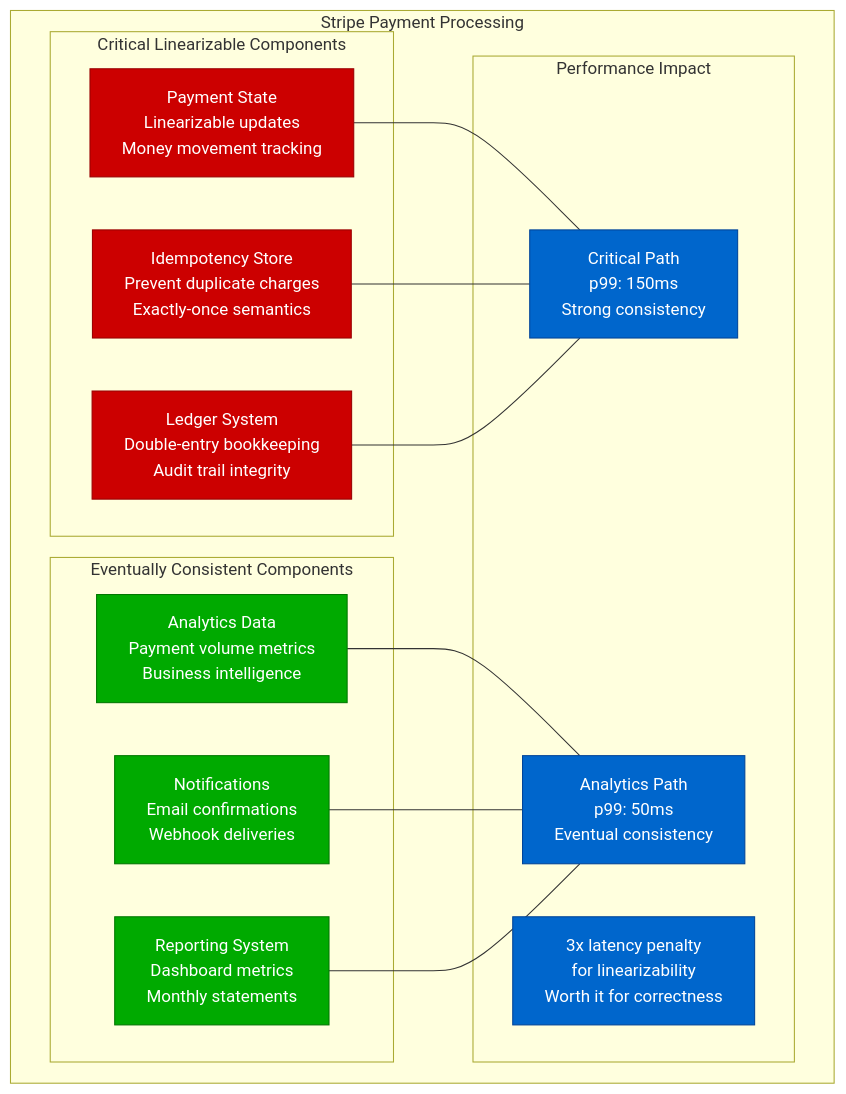
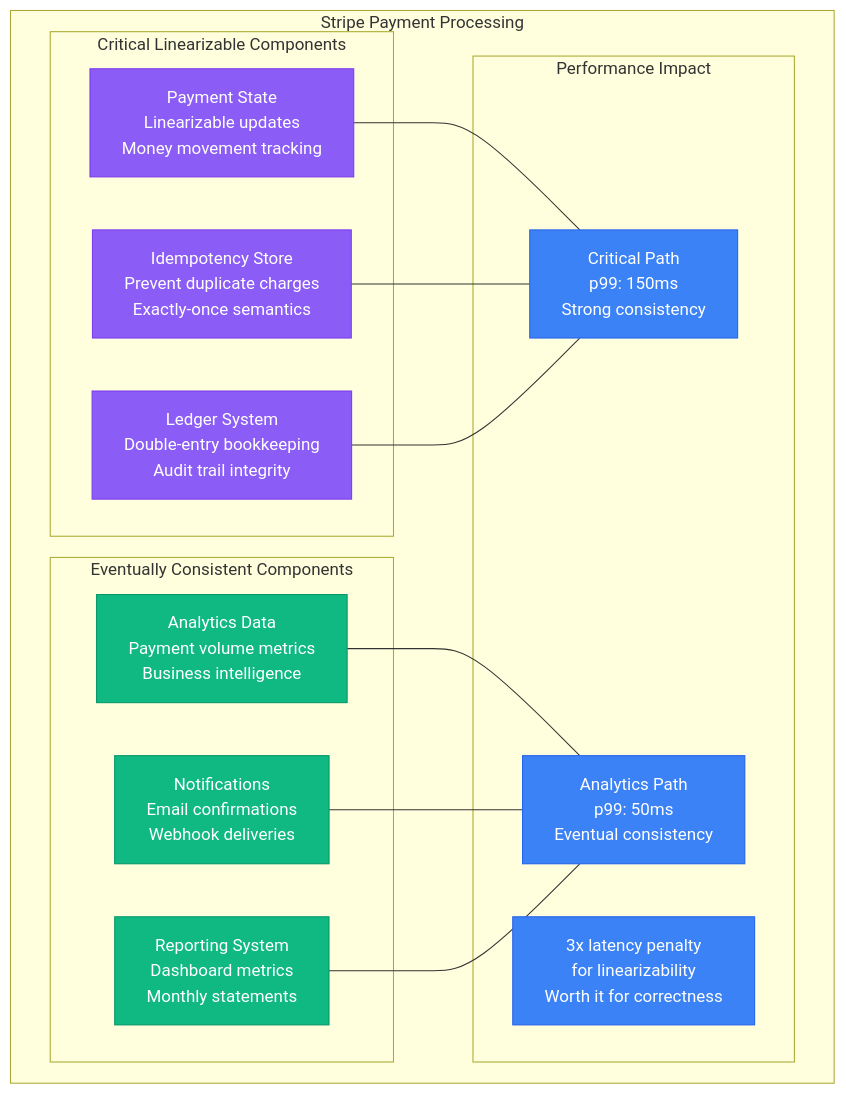
Before and after one commit to deepaucksharma/DS: the fourth of 11 diagrams in site/docs/guarantees/linearizability/linearizability-tradeoffs.md, drawn with Mermaid. The commit also changed other lines of this file and 303 other files, not shown here.

````diff
--- a/site/docs/guarantees/linearizability/linearizability-tradeoffs.md
+++ b/site/docs/guarantees/linearizability/linearizability-tradeoffs.md
@@ -154,38 +154,38 @@
 ```mermaid
 graph TB
     subgraph StripeArchitecture[Stripe Payment Processing]
         subgraph CriticalPath[Critical Linearizable Components]
             PS[Payment State<br/>Linearizable updates<br/>Money movement tracking]
             IS[Idempotency Store<br/>Prevent duplicate charges<br/>Exactly-once semantics]
             LS[Ledger System<br/>Double-entry bookkeeping<br/>Audit trail integrity]
         end
 
         subgraph EventualPath[Eventually Consistent Components]
             AN[Analytics Data<br/>Payment volume metrics<br/>Business intelligence]
             NO[Notifications<br/>Email confirmations<br/>Webhook deliveries]
             RS[Reporting System<br/>Dashboard metrics<br/>Monthly statements]
         end
 
         subgraph PerformanceMetrics[Performance Impact]
             PM1[Critical Path<br/>p99: 150ms<br/>Strong consistency]
             PM2[Analytics Path<br/>p99: 50ms<br/>Eventual consistency]
             PM3[3x latency penalty<br/>for linearizability<br/>Worth it for correctness]
         end
     end
 
     PS --- PM1
     IS --- PM1
     LS --- PM1
 
     AN --- PM2
     NO --- PM2
     RS --- PM2
 
-    classDef criticalStyle fill:#CC0000,stroke:#990000,color:#fff
-    classDef eventualStyle fill:#00AA00,stroke:#007700,color:#fff
-    classDef metricsStyle fill:#0066CC,stroke:#004499,color:#fff
+    classDef criticalStyle fill:#8B5CF6,stroke:#7C3AED,color:#fff
+    classDef eventualStyle fill:#10B981,stroke:#059669,color:#fff
+    classDef metricsStyle fill:#3B82F6,stroke:#2563EB,color:#fff
 
     class PS,IS,LS criticalStyle
     class AN,NO,RS eventualStyle
     class PM1,PM2,PM3 metricsStyle
 ```
````
